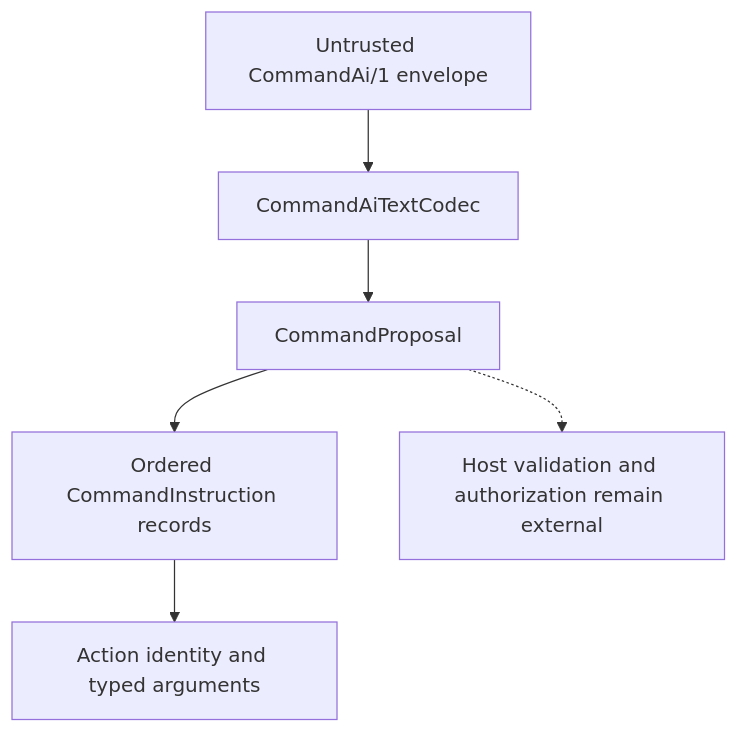
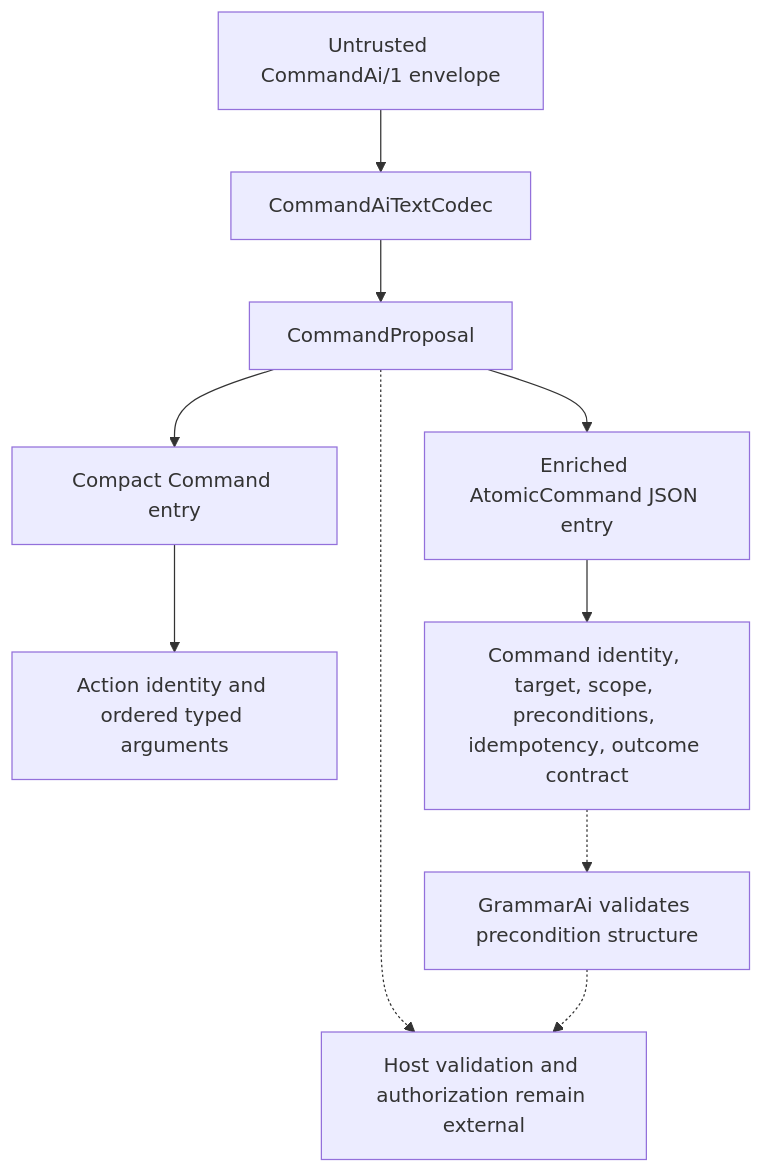
One commit to TrentBest/TheSingularityWorkshop.CommandAi changed the diagram in docs/UML/CommandAiTextCodecUML.md. Above: the diagram before and after it, drawn with Mermaid. The commit also changed other lines of this file and 10 other files, not shown here.

Commit message:
docs: align UML and type guides with enriched commands

```diff
--- a/docs/UML/CommandAiTextCodecUML.md
+++ b/docs/UML/CommandAiTextCodecUML.md
@@ -6,8 +6,12 @@
 ~~~mermaid
 flowchart TD
-  I[Untrusted CommandAi/1 envelope] --> C[CommandAiTextCodec]
-  C --> P[CommandProposal]
-  P --> A[Ordered CommandInstruction records]
-  A --> M[Action identity and typed arguments]
-  P -.-> H[Host validation and authorization remain external]
+ I[Untrusted CommandAi/1 envelope] --> C[CommandAiTextCodec]
+ C --> P[CommandProposal]
+ P --> L[Compact Command entry]
+ P --> A[Enriched AtomicCommand JSON entry]
+ L --> M[Action identity and ordered typed arguments]
+ A --> X[Command identity, target, scope, preconditions, idempotency, outcome contract]
+ P -.-> H[Host validation and authorization remain external]
+ X -.-> G[GrammarAi validates precondition structure]
+ G -.-> H
 ~~~
```
